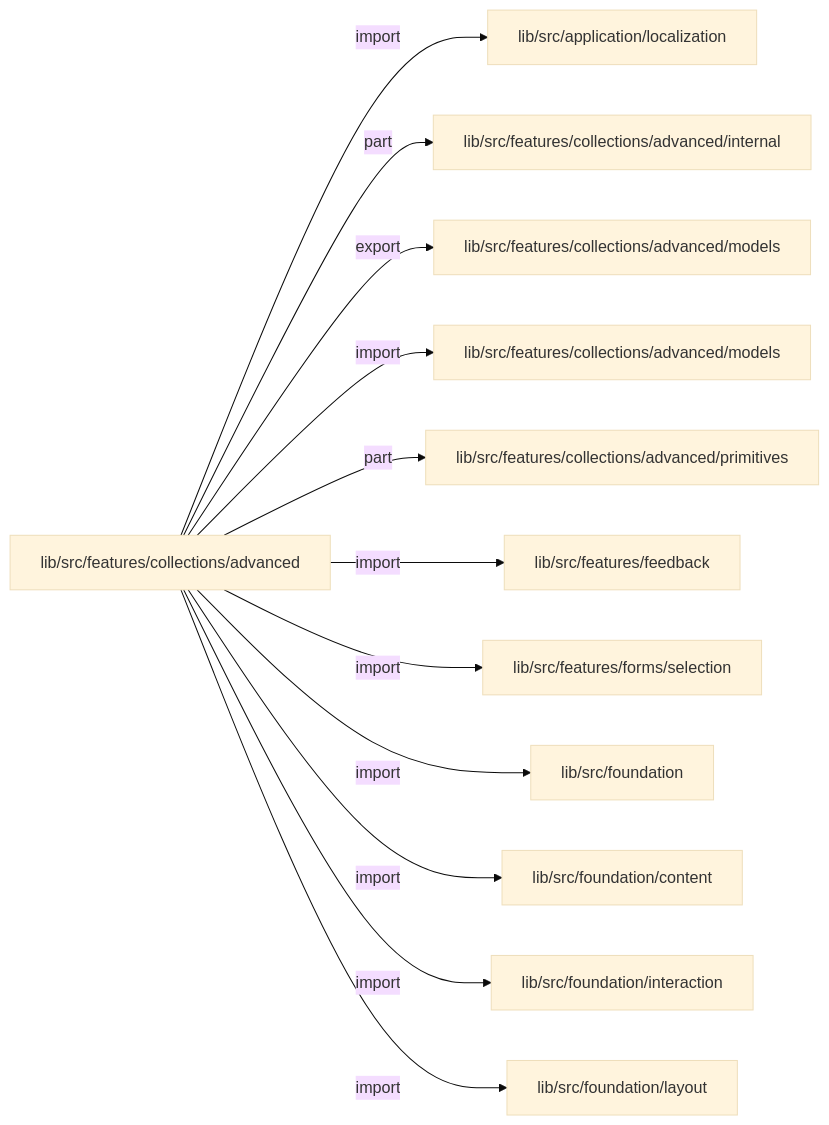
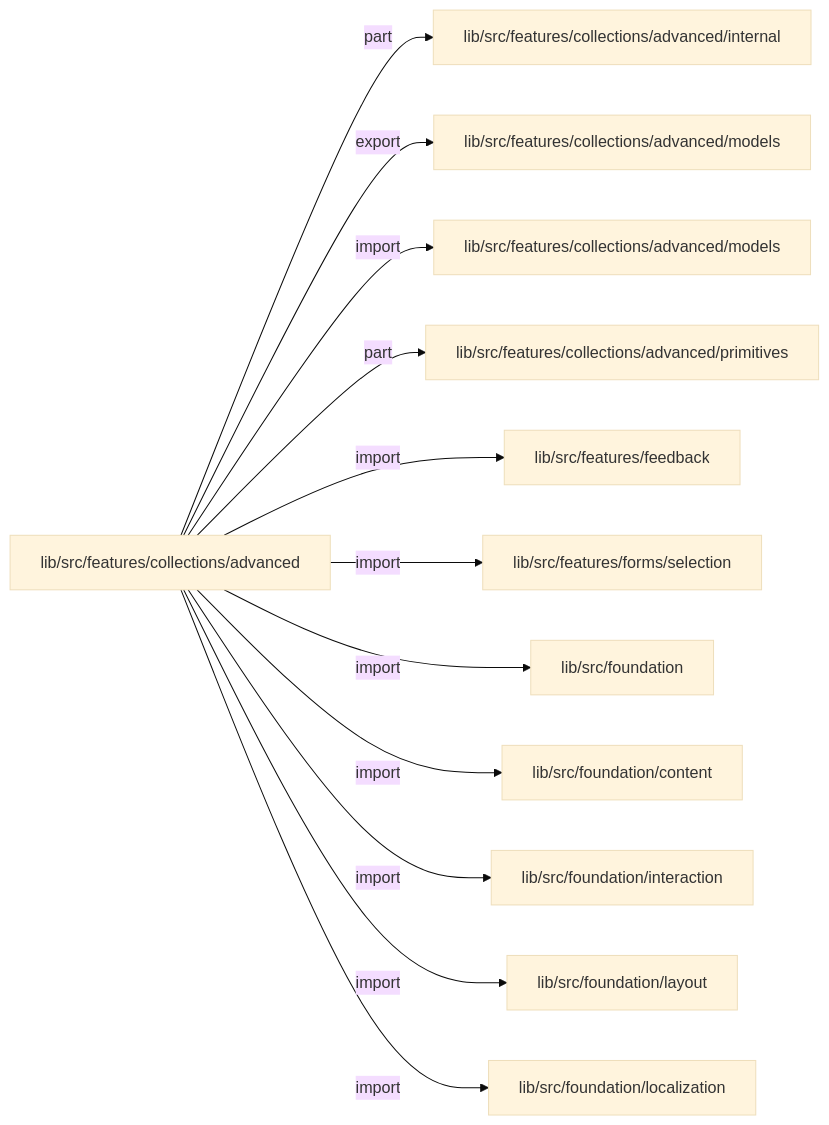
One commit to MiuDog/Kallopis changed the first of 3 diagrams in docs/architecture/src/features/collections/advanced/README.md. Above: the diagram before and after it, drawn with Mermaid (base theme). The commit also changed other lines of this file and 9688 other files, not shown here.

Commit message:
Prepare isolated Flow F2 peer baseline

````diff
--- a/docs/architecture/src/features/collections/advanced/README.md
+++ b/docs/architecture/src/features/collections/advanced/README.md
@@ -13,26 +13,26 @@
 ```mermaid
 flowchart LR
 	n0["lib/src/features/collections/advanced"]
-	n1["lib/src/application/localization"]
-	n2["lib/src/features/collections/advanced/internal"]
+	n1["lib/src/features/collections/advanced/internal"]
+	n2["lib/src/features/collections/advanced/models"]
 	n3["lib/src/features/collections/advanced/models"]
-	n4["lib/src/features/collections/advanced/models"]
-	n5["lib/src/features/collections/advanced/primitives"]
-	n6["lib/src/features/feedback"]
-	n7["lib/src/features/forms/selection"]
-	n8["lib/src/foundation"]
-	n9["lib/src/foundation/content"]
-	n10["lib/src/foundation/interaction"]
-	n11["lib/src/foundation/layout"]
-	n0 -->|"import"| n1
-	n0 -->|"part"| n2
-	n0 -->|"export"| n3
-	n0 -->|"import"| n4
-	n0 -->|"part"| n5
+	n4["lib/src/features/collections/advanced/primitives"]
+	n5["lib/src/features/feedback"]
+	n6["lib/src/features/forms/selection"]
+	n7["lib/src/foundation"]
+	n8["lib/src/foundation/content"]
+	n9["lib/src/foundation/interaction"]
+	n10["lib/src/foundation/layout"]
+	n11["lib/src/foundation/localization"]
+	n0 -->|"part"| n1
+	n0 -->|"export"| n2
+	n0 -->|"import"| n3
+	n0 -->|"part"| n4
+	n0 -->|"import"| n5
 	n0 -->|"import"| n6
 	n0 -->|"import"| n7
 	n0 -->|"import"| n8
 	n0 -->|"import"| n9
 	n0 -->|"import"| n10
 	n0 -->|"import"| n11
 ```
````
